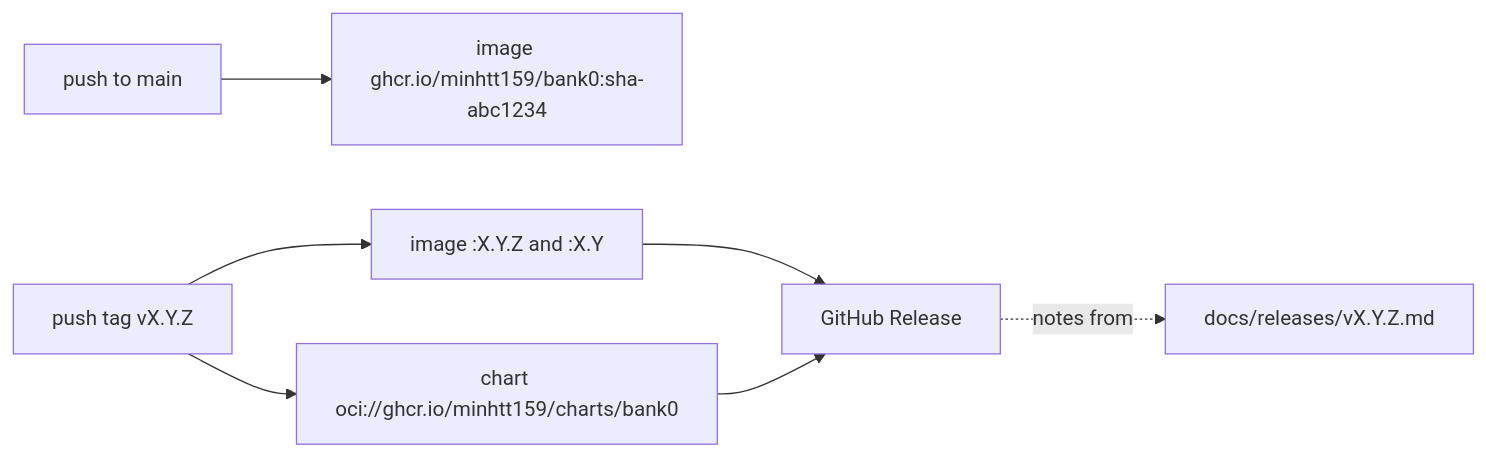
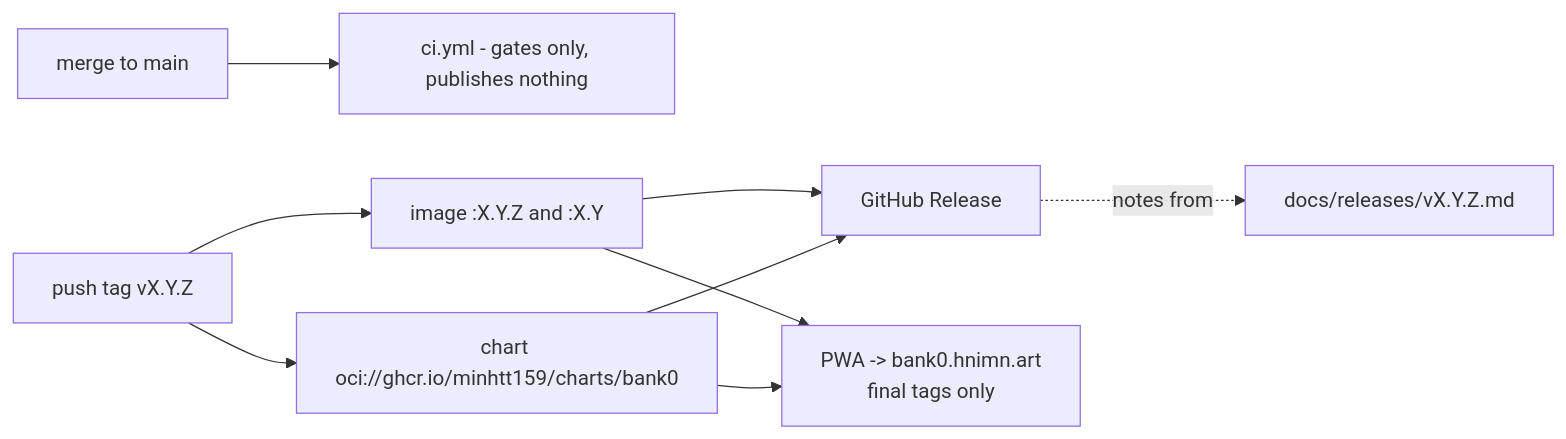
Before and after one commit to minhtt159/bank0: the third of 3 diagrams in docs/04-deployment.md, drawn with Mermaid. The commit also changed other lines of this file and 5 other files, not shown here.

First line of the commit message:
ci: make the release tag the only publish and deploy trigger (#138)

````diff
--- a/docs/04-deployment.md
+++ b/docs/04-deployment.md
@@ -413,9 +416,11 @@
 ```mermaid
 flowchart LR
-    M[push to main] --> I1["image ghcr.io/minhtt159/bank0:sha-abc1234"]
-    T["push tag vX.Y.Z"] --> I2["image :X.Y.Z and :X.Y"]
+    M[merge to main] --> CI[ci.yml - gates only, publishes nothing]
+    T["push tag vX.Y.Z"] --> I["image :X.Y.Z and :X.Y"]
     T --> C["chart oci://ghcr.io/minhtt159/charts/bank0"]
-    I2 --> R[GitHub Release]
+    I --> R[GitHub Release]
     C --> R
+    I --> P["PWA -> bank0.hnimn.art<br/>final tags only"]
+    C --> P
     R -.notes from.-> N["docs/releases/vX.Y.Z.md"]
 ```
````
